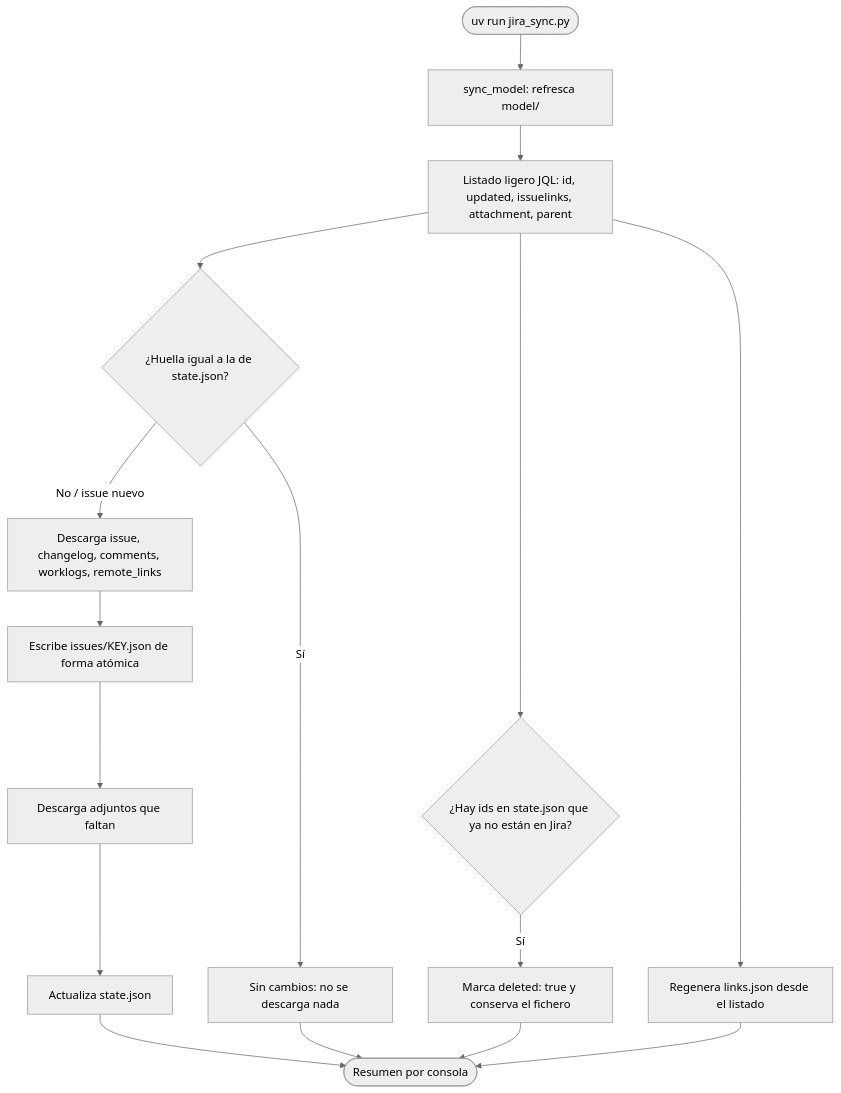
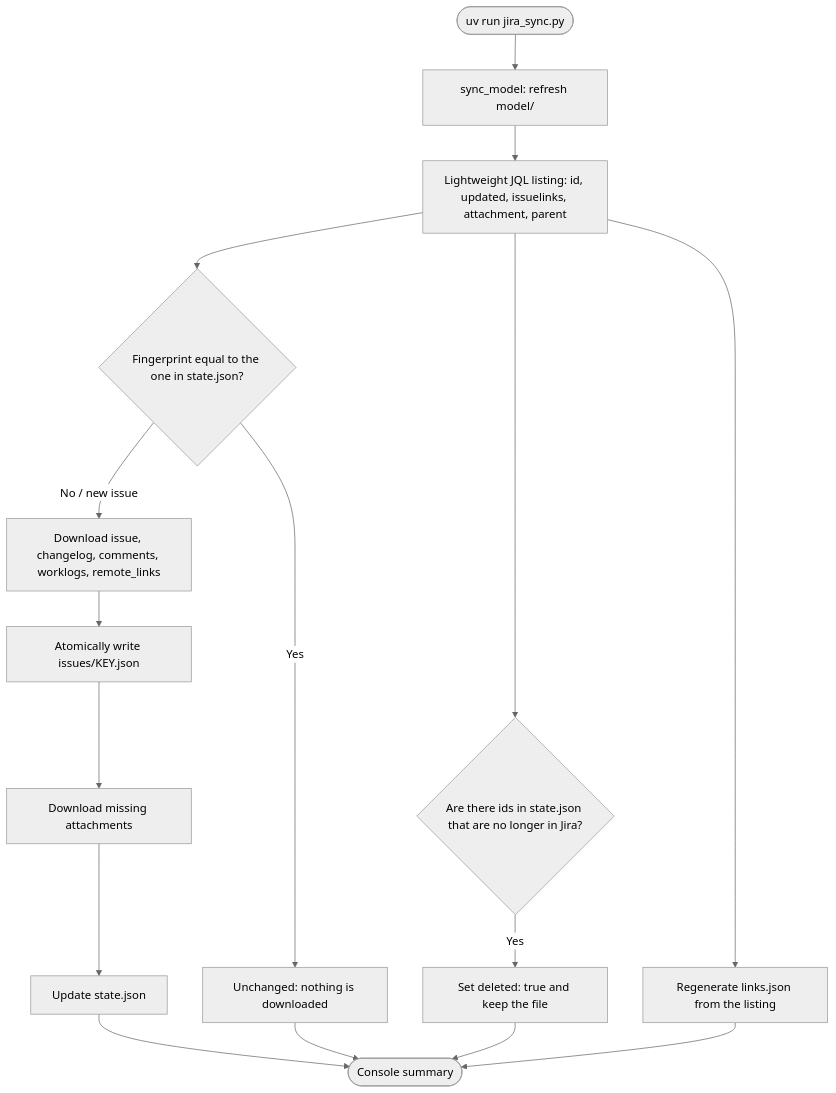
The first of 2 diagrams in README.md (alexmarco/jira-project-sync), drawn with Mermaid (neutral theme) before and after one commit. The commit also changed other lines of this file and 1 other file, not shown here.

First line of the commit message:
docs: add English README and move Spanish one to README-es.md

````diff
--- a/README.md
+++ b/README.md
@@ -56,18 +58,18 @@
 ```mermaid
 flowchart TD
-    start([uv run jira_sync.py]) --> model[sync_model: refresca model/]
-    model --> listing[Listado ligero JQL: id, updated, issuelinks, attachment, parent]
-    listing --> compare{¿Huella igual a la de state.json?}
-    compare -- Sí --> skip[Sin cambios: no se descarga nada]
-    compare -- "No / issue nuevo" --> bundle[Descarga issue, changelog, comments, worklogs, remote_links]
-    bundle --> save[Escribe issues/KEY.json de forma atómica]
-    save --> att[Descarga adjuntos que faltan]
-    att --> persist[Actualiza state.json]
-    listing --> gone{¿Hay ids en state.json que ya no están en Jira?}
-    gone -- Sí --> mark[Marca deleted: true y conserva el fichero]
-    listing --> linksfile[Regenera links.json desde el listado]
-    persist --> summary([Resumen por consola])
+    start([uv run jira_sync.py]) --> model[sync_model: refresh model/]
+    model --> listing[Lightweight JQL listing: id, updated, issuelinks, attachment, parent]
+    listing --> compare{Fingerprint equal to the one in state.json?}
+    compare -- Yes --> skip[Unchanged: nothing is downloaded]
+    compare -- "No / new issue" --> bundle[Download issue, changelog, comments, worklogs, remote_links]
+    bundle --> save[Atomically write issues/KEY.json]
+    save --> att[Download missing attachments]
+    att --> persist[Update state.json]
+    listing --> gone{Are there ids in state.json that are no longer in Jira?}
+    gone -- Yes --> mark[Set deleted: true and keep the file]
+    listing --> linksfile[Regenerate links.json from the listing]
+    persist --> summary([Console summary])
     skip --> summary
     mark --> summary
     linksfile --> summary
 ```
````
